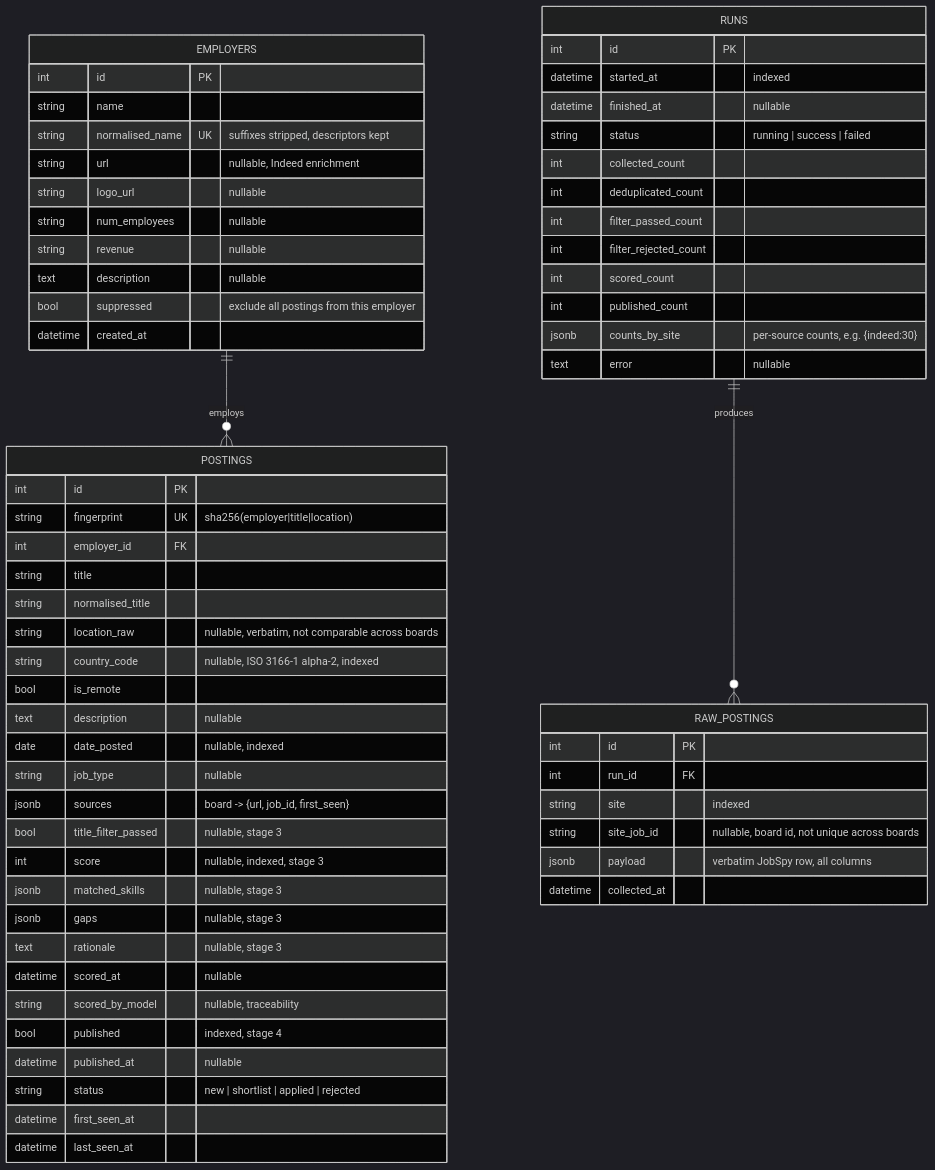
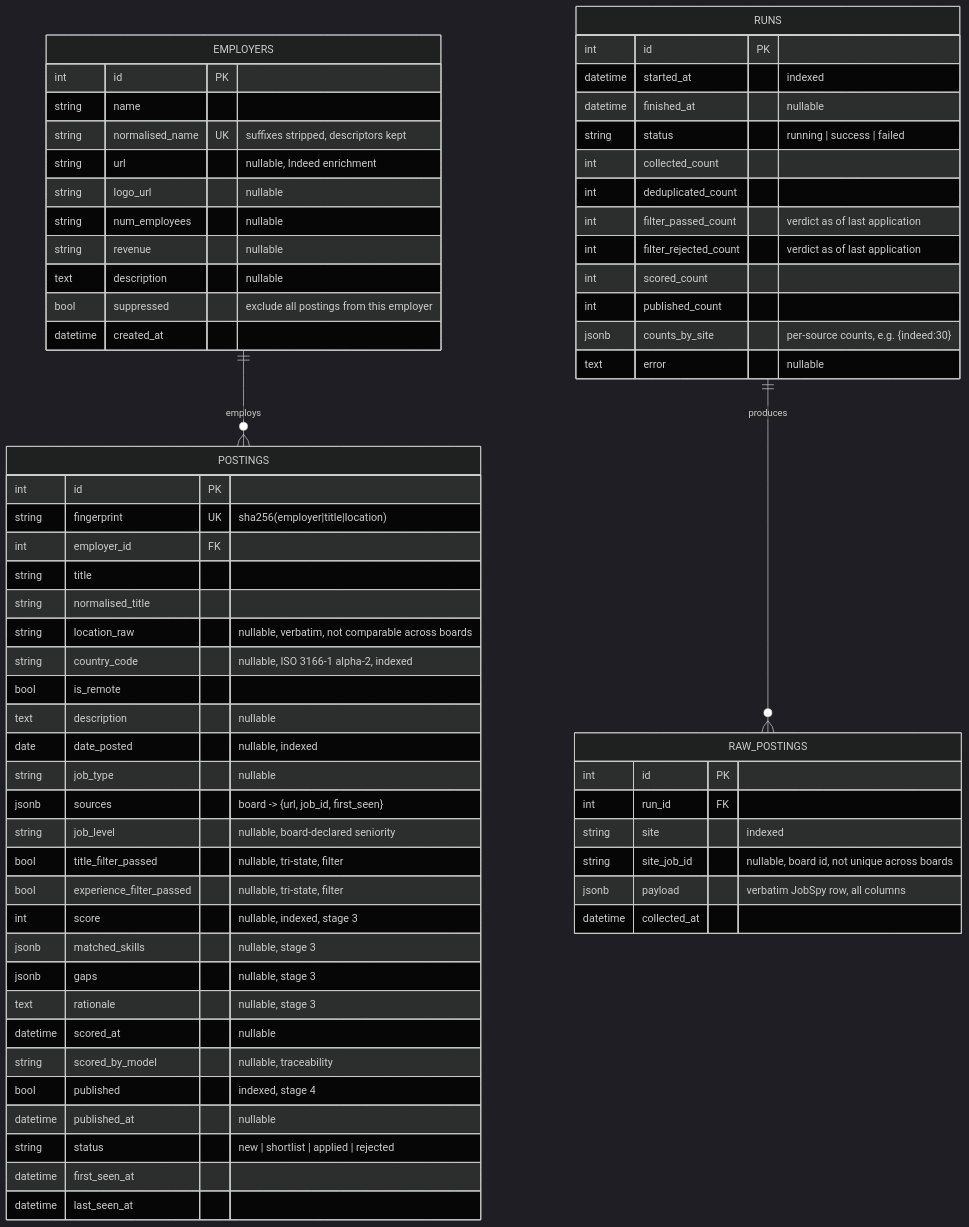
Before and after one commit to MoKenawy/Automatic-Job-search: the first of 2 diagrams in Docs/design/data-model.md, drawn with Mermaid (dark theme). The commit also changed other lines of this file and 6 other files, not shown here.

````diff
--- a/Docs/design/data-model.md
+++ b/Docs/design/data-model.md
@@ -29,69 +29,71 @@
 ```mermaid
 erDiagram
     EMPLOYERS ||--o{ POSTINGS : "employs"
     RUNS ||--o{ RAW_POSTINGS : "produces"
 
     EMPLOYERS {
         int      id PK
         string   name
         string   normalised_name UK "suffixes stripped, descriptors kept"
         string   url "nullable, Indeed enrichment"
         string   logo_url "nullable"
         string   num_employees "nullable"
         string   revenue "nullable"
         text     description "nullable"
         bool     suppressed "exclude all postings from this employer"
         datetime created_at
     }
 
     RUNS {
         int      id PK
         datetime started_at "indexed"
         datetime finished_at "nullable"
         string   status "running | success | failed"
         int      collected_count
         int      deduplicated_count
-        int      filter_passed_count
-        int      filter_rejected_count
+        int      filter_passed_count "verdict as of last application"
+        int      filter_rejected_count "verdict as of last application"
         int      scored_count
         int      published_count
         jsonb    counts_by_site "per-source counts, e.g. {indeed:30}"
         text     error "nullable"
     }
 
     RAW_POSTINGS {
         int      id PK
         int      run_id FK
         string   site "indexed"
         string   site_job_id "nullable, board id, not unique across boards"
         jsonb    payload "verbatim JobSpy row, all columns"
         datetime collected_at
     }
 
     POSTINGS {
         int      id PK
         string   fingerprint UK "sha256(employer|title|location)"
         int      employer_id FK
         string   title
         string   normalised_title
         string   location_raw "nullable, verbatim, not comparable across boards"
         string   country_code "nullable, ISO 3166-1 alpha-2, indexed"
         bool     is_remote
         text     description "nullable"
         date     date_posted "nullable, indexed"
         string   job_type "nullable"
         jsonb    sources "board -> {url, job_id, first_seen}"
-        bool     title_filter_passed "nullable, stage 3"
+        string   job_level "nullable, board-declared seniority"
+        bool     title_filter_passed "nullable, tri-state, filter"
+        bool     experience_filter_passed "nullable, tri-state, filter"
         int      score "nullable, indexed, stage 3"
         jsonb    matched_skills "nullable, stage 3"
         jsonb    gaps "nullable, stage 3"
         text     rationale "nullable, stage 3"
         datetime scored_at "nullable"
         string   scored_by_model "nullable, traceability"
         bool     published "indexed, stage 4"
         datetime published_at "nullable"
         string   status "new | shortlist | applied | rejected"
         datetime first_seen_at
         datetime last_seen_at
     }
 ```
````
